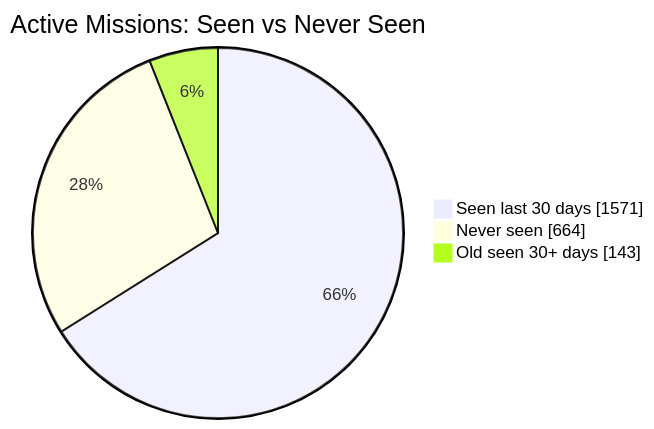
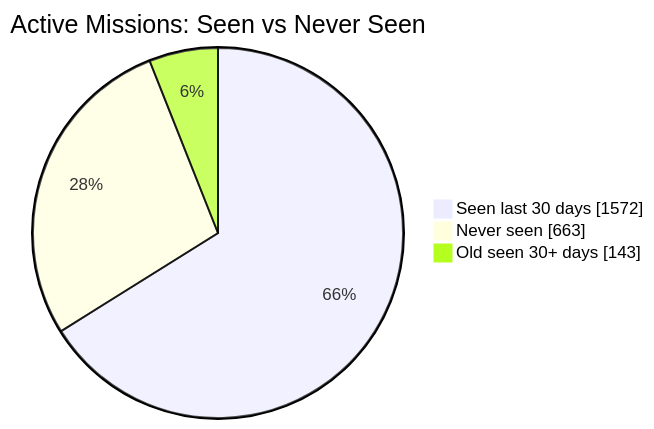
The first of 2 diagrams in README.md (MeldkamerspelGameTeam/active-missions), drawn with Mermaid before and after one commit. The commit also changed other lines of this file and 3 other files, not shown here.

````diff
--- a/README.md
+++ b/README.md
@@ -34,7 +34,7 @@
 ```mermaid
 pie showData
     title Active Missions: Seen vs Never Seen
-    "Seen last 30 days" : 1571
-    "Never seen" : 664
+    "Seen last 30 days" : 1572
+    "Never seen" : 663
     "Old seen 30+ days" : 143
 ```
````
